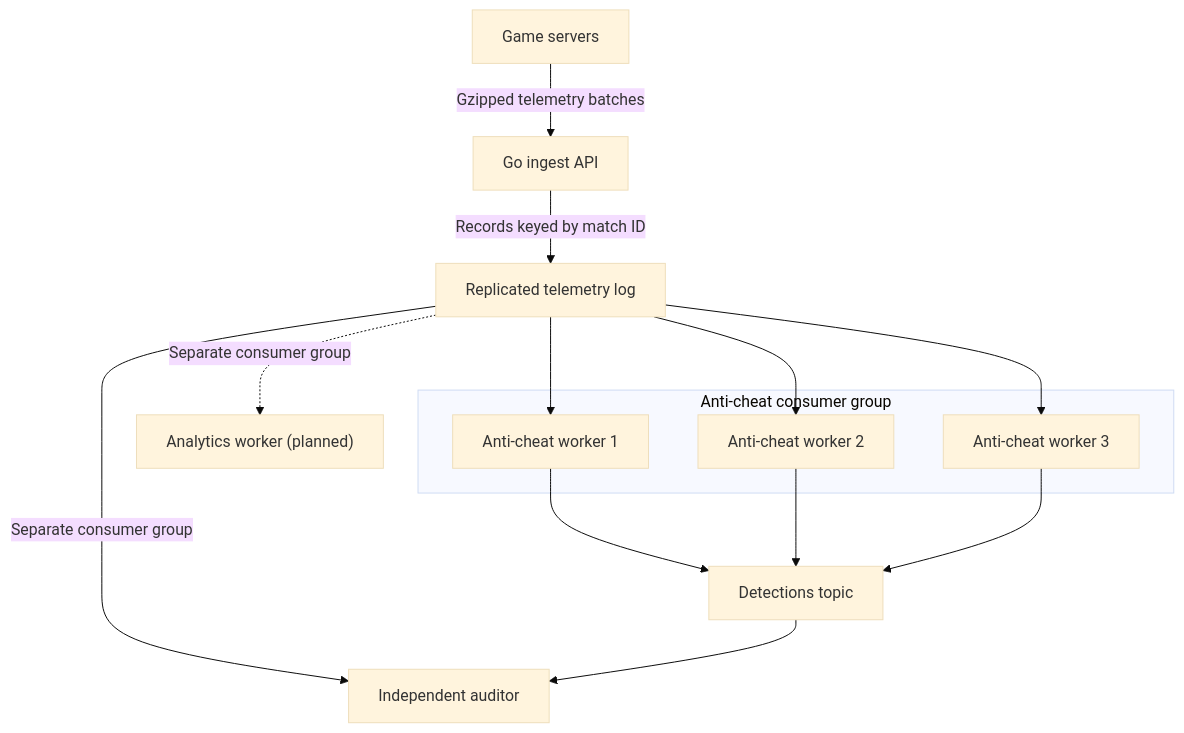
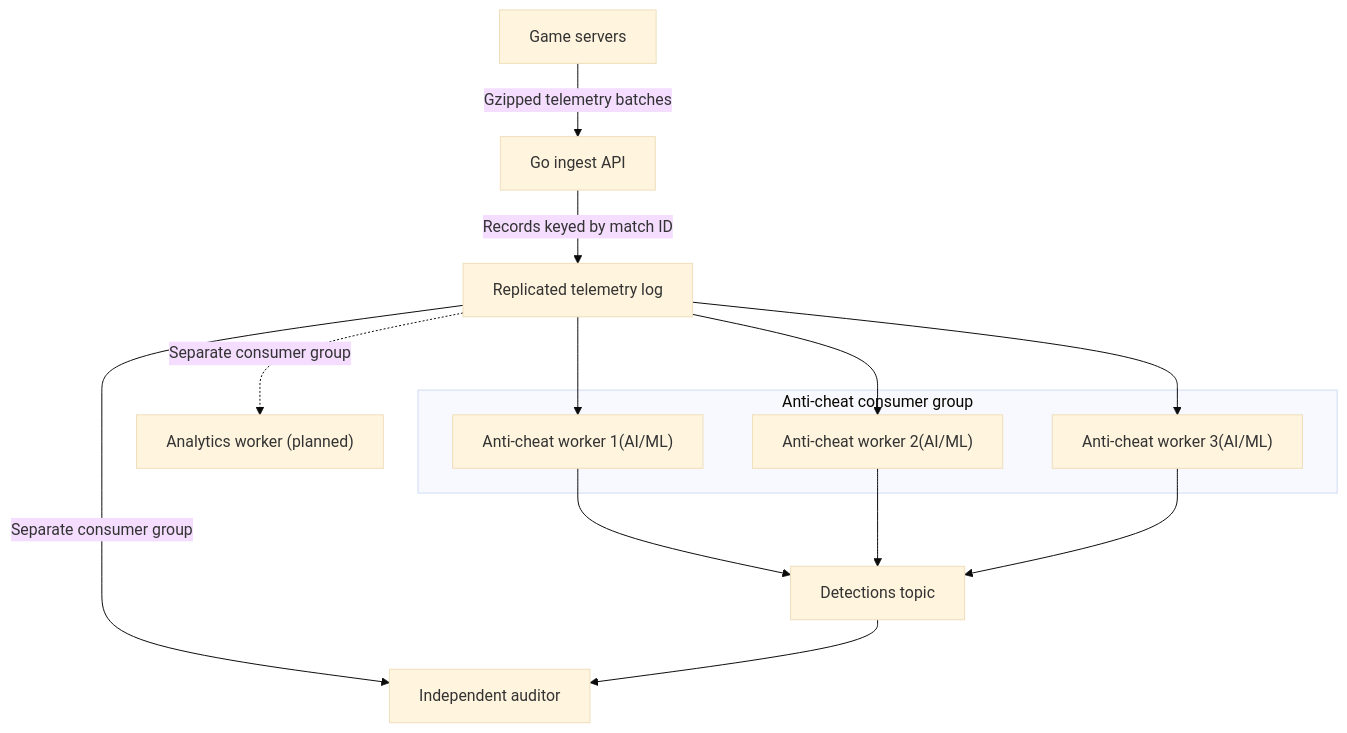
One commit to MoustAhmed/GameSense-C changed the diagram in README.md. Above: the diagram before and after it, drawn with Mermaid (base theme). The commit also changed other lines of this file, not shown here.

Commit message:
Clarify anti-cheat workers' functionality in README
Updated the README to specify that the anti-cheat workers utilize AI/ML.

````diff
--- a/README.md
+++ b/README.md
@@ -11,17 +11,17 @@
 ```mermaid
 flowchart TB
     Sim["Game servers"] -->|"Gzipped telemetry batches"| Ingest["Go ingest API"]
     Ingest -->|"Records keyed by match ID"| Log["Replicated telemetry log"]
 
     subgraph Detectors["Anti-cheat consumer group"]
-        W1["Anti-cheat worker 1"]
-        W2["Anti-cheat worker 2"]
-        W3["Anti-cheat worker 3"]
+        W1["Anti-cheat worker 1(AI/ML)"]
+        W2["Anti-cheat worker 2(AI/ML)"]
+        W3["Anti-cheat worker 3(AI/ML)"]
     end
 
     Log --> W1 & W2 & W3
     W1 & W2 & W3 --> Results["Detections topic"]
     Log -->|"Separate consumer group"| Audit["Independent auditor"]
     Results --> Audit
     Log -. Separate consumer group .-> Analytics["Analytics worker (planned)"]
 ```
````
